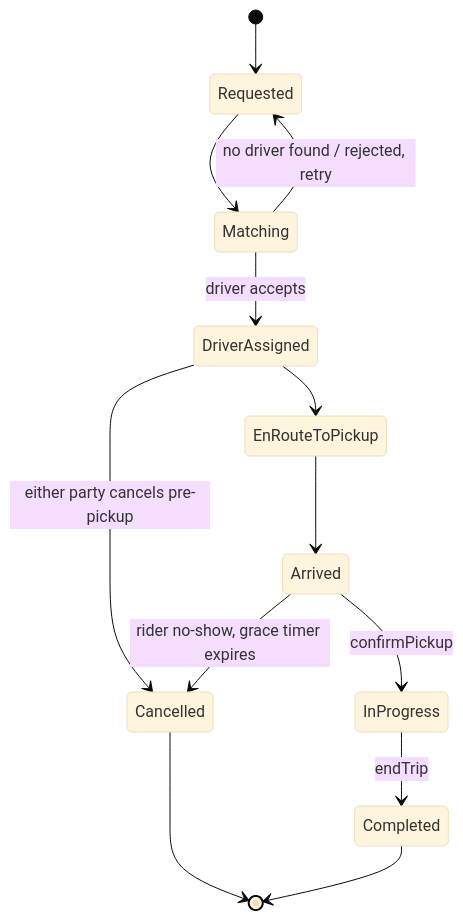
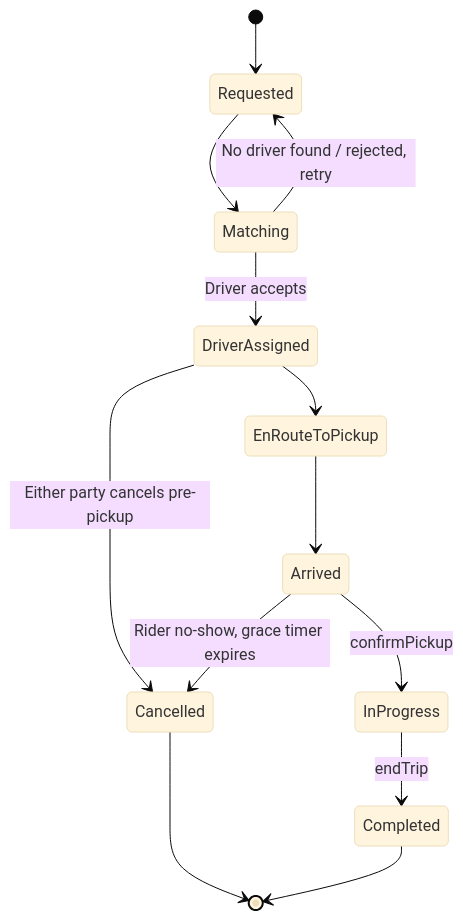
One commit to riyaz-pasha/Learnings changed diagram 14 of 16 in system-design/HLD/0-course/30-Design Uber-FAANG-Guide-story.md. Above: the diagram before and after it, drawn with Mermaid (base theme). The commit also changed other lines of this file and 1 other file, not shown here.

First line of the commit message:
[REWRITE] Design Uber guides: simplify prose, add structure, fix dark-theme diagrams

````diff
--- a/system-design/HLD/0-course/30-Design Uber-FAANG-Guide-story.md
+++ b/system-design/HLD/0-course/30-Design Uber-FAANG-Guide-story.md
@@ -371,15 +855,15 @@
 ```mermaid
 stateDiagram-v2
     [*] --> Requested
     Requested --> Matching
-    Matching --> Requested: no driver found / rejected, retry
-    Matching --> DriverAssigned: driver accepts
-    DriverAssigned --> Cancelled: either party cancels pre-pickup
+    Matching --> Requested: No driver found / rejected, retry
+    Matching --> DriverAssigned: Driver accepts
+    DriverAssigned --> Cancelled: Either party cancels pre-pickup
     DriverAssigned --> EnRouteToPickup
     EnRouteToPickup --> Arrived
-    Arrived --> Cancelled: rider no-show, grace timer expires
+    Arrived --> Cancelled: Rider no-show, grace timer expires
     Arrived --> InProgress: confirmPickup
     InProgress --> Completed: endTrip
     Completed --> [*]
     Cancelled --> [*]
 ```
````
